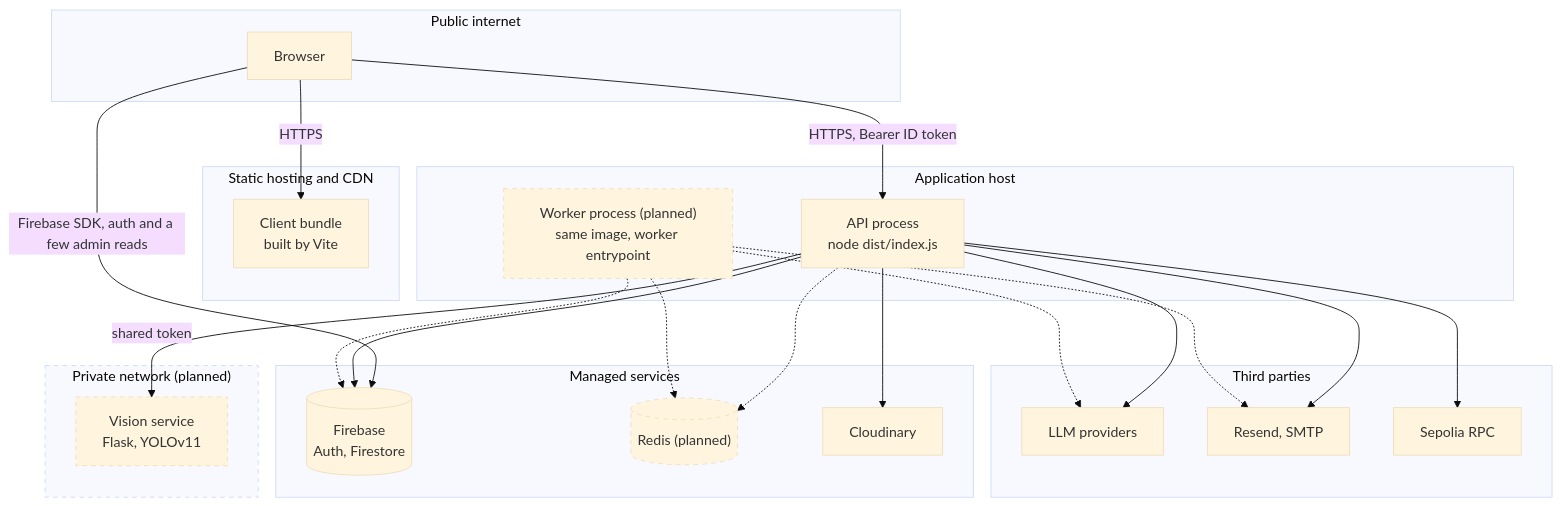
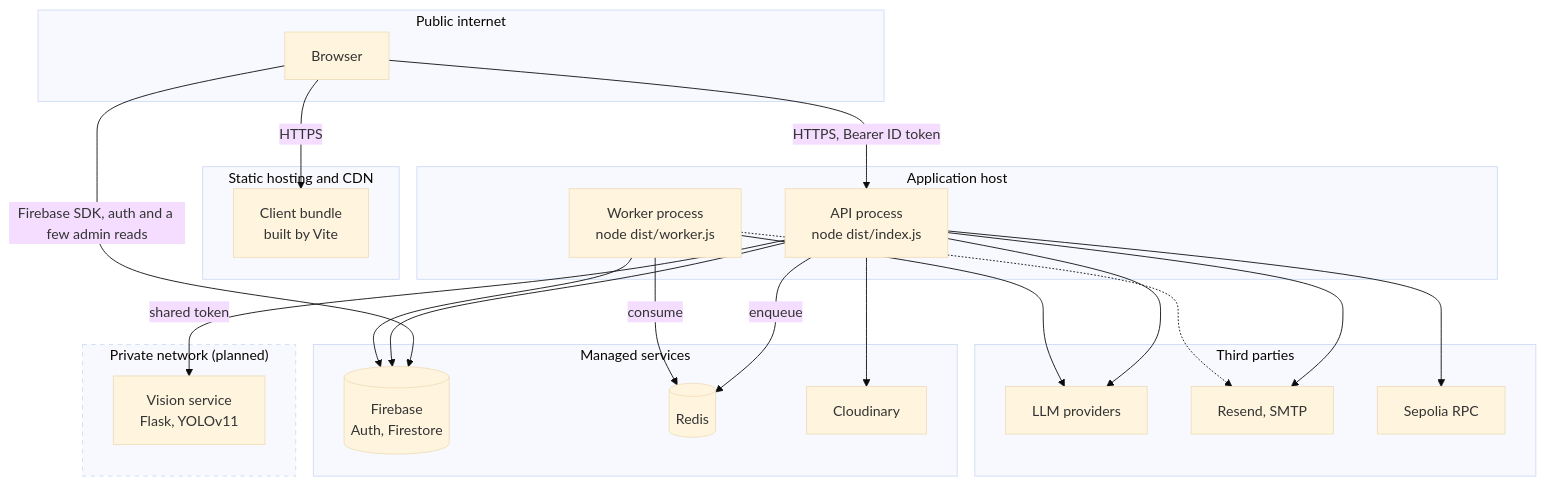
One commit to Vinay-R-S/ReClaim-AI changed the first of 2 diagrams in docs/architecture/deployment.md. Above: the diagram before and after it, drawn with Mermaid (base theme). The commit also changed other lines of this file and 47 other files, not shown here.

````diff
--- a/docs/architecture/deployment.md
+++ b/docs/architecture/deployment.md
@@ -7,51 +7,51 @@
 ```mermaid
 flowchart TB
     subgraph public["Public internet"]
         user["Browser"]
     end
 
     subgraph edge["Static hosting and CDN"]
         spa["Client bundle<br/>built by Vite"]
     end
 
     subgraph app["Application host"]
         api["API process<br/>node dist/index.js"]
-        worker["Worker process (planned)<br/>same image, worker entrypoint"]
+        worker["Worker process<br/>node dist/worker.js"]
     end
 
     subgraph managed["Managed services"]
         fb[("Firebase<br/>Auth, Firestore")]
-        redis[("Redis (planned)")]
+        redis[("Redis")]
         cdn["Cloudinary"]
     end
 
     subgraph private["Private network (planned)"]
         yolo["Vision service<br/>Flask, YOLOv11"]
     end
 
     subgraph third["Third parties"]
         llm["LLM providers"]
         mail["Resend, SMTP"]
         chain["Sepolia RPC"]
     end
 
     user -->|HTTPS| spa
     user -->|"HTTPS, Bearer ID token"| api
     user -->|"Firebase SDK, auth and a few admin reads"| fb
 
     api --> fb
     api --> cdn
     api --> llm
     api --> mail
     api --> chain
     api -->|"shared token"| yolo
-    api -.-> redis
+    api -->|"enqueue"| redis
 
-    worker -.-> fb
-    worker -.-> redis
-    worker -.-> llm
+    worker --> fb
+    worker -->|"consume"| redis
+    worker --> llm
     worker -.-> mail
 
     classDef planned stroke-dasharray: 5 5
-    class worker,redis,private,yolo planned
+    class private planned
 ```
````
